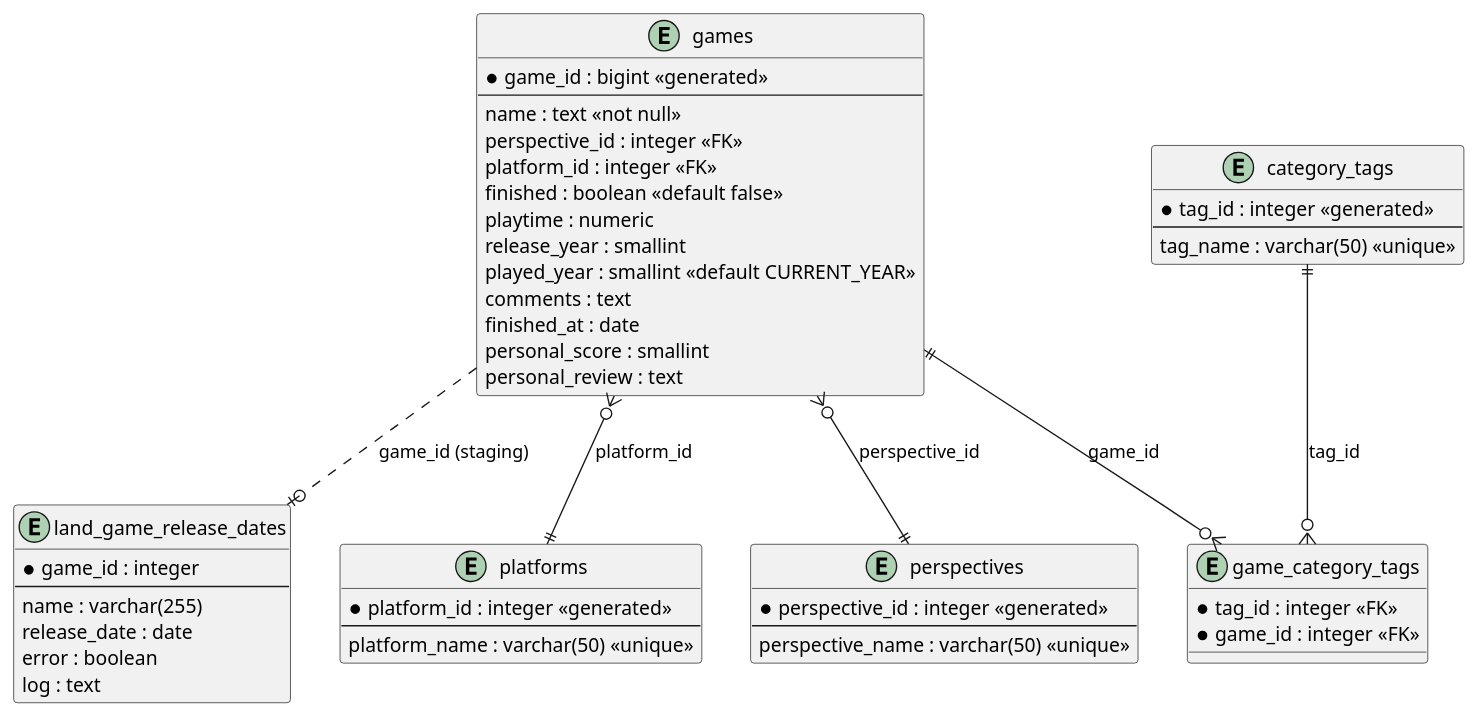
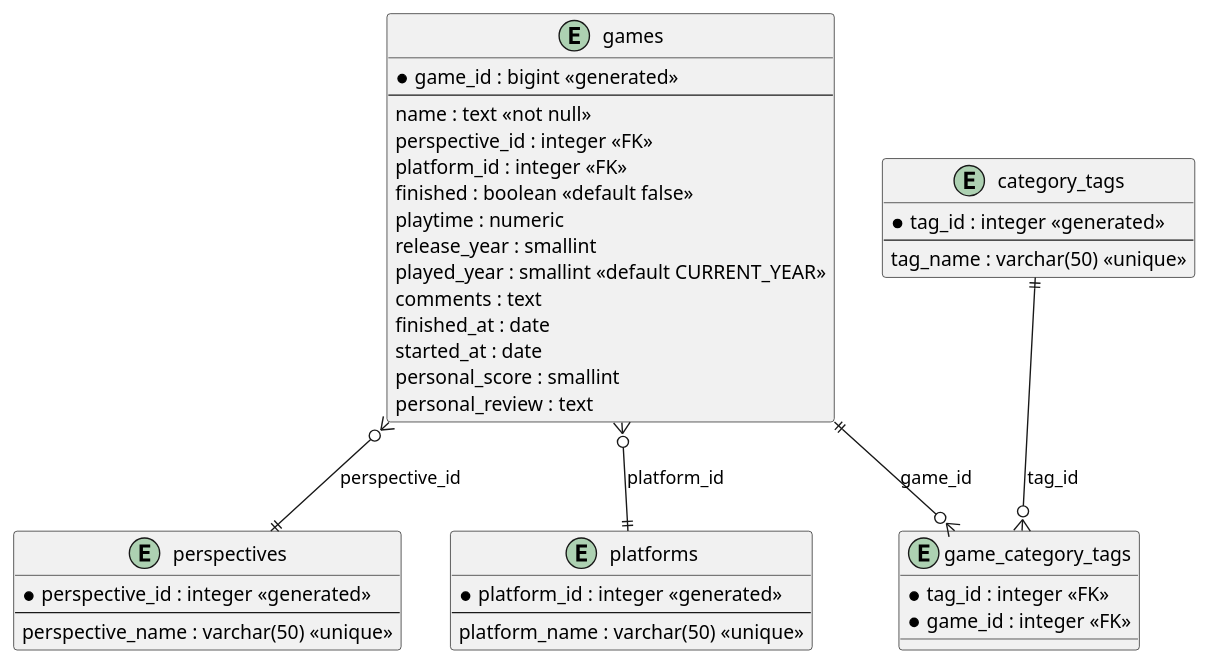
The diagram in utils/erd_diagram.puml (thjunge11/simpleFlaskWebApp), drawn with PlantUML before and after one commit. The commit also changed 4 other files, not shown here.

First line of the commit message:
Update readme.md to reflect current project architecture (#5)

```diff
--- a/utils/erd_diagram.puml
+++ b/utils/erd_diagram.puml
@@ -1,57 +1,48 @@
 @startuml ERD
 
 entity "games" as games {
   *game_id : bigint <<generated>>
   --
   name : text <<not null>>
   perspective_id : integer <<FK>>
   platform_id : integer <<FK>>
   finished : boolean <<default false>>
   playtime : numeric
   release_year : smallint
   played_year : smallint <<default CURRENT_YEAR>>
   comments : text
   finished_at : date
+  started_at : date
   personal_score : smallint
   personal_review : text
 }
 
 entity "perspectives" as perspectives {
   *perspective_id : integer <<generated>>
   --
   perspective_name : varchar(50) <<unique>>
 }
 
 entity "platforms" as platforms {
   *platform_id : integer <<generated>>
   --
   platform_name : varchar(50) <<unique>>
 }
 
 entity "category_tags" as category_tags {
   *tag_id : integer <<generated>>
   --
   tag_name : varchar(50) <<unique>>
 }
 
 entity "game_category_tags" as game_category_tags {
   *tag_id : integer <<FK>>
   *game_id : integer <<FK>>
 }
 
-entity "land_game_release_dates" as land_game_release_dates {
-  *game_id : integer
-  --
-  name : varchar(255)
-  release_date : date
-  error : boolean
-  log : text
-}
-
 games }o--|| perspectives : "perspective_id"
 games }o--|| platforms : "platform_id"
 games ||--o{ game_category_tags : "game_id"
 category_tags ||--o{ game_category_tags : "tag_id"
-games ..o| land_game_release_dates : "game_id (staging)"
 
 @enduml
```
